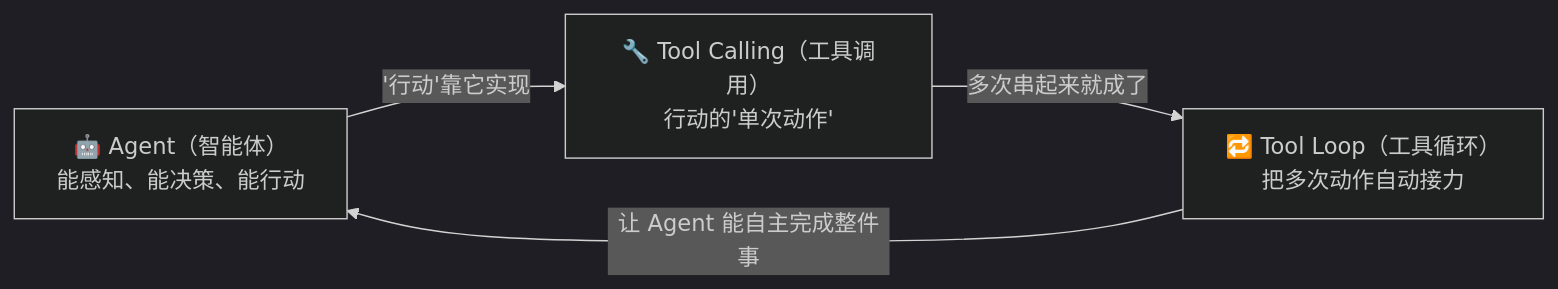
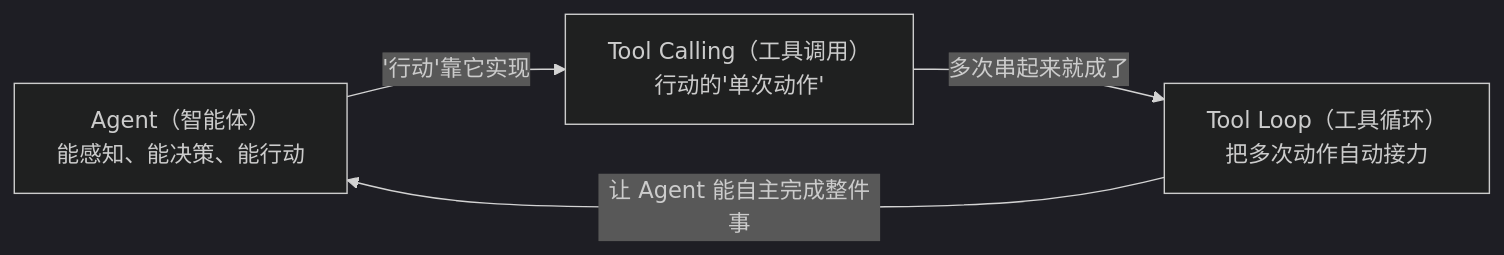
Before and after one commit to luckykhy/KhyAiHub: the sixth of 7 diagrams in docs/02_CONCEPTS_概念入门/CONCEPT/[CONCEPT-02] 什么是ToolCalling-工具调用.md, drawn with Mermaid (dark theme). The commit also changed other lines of this file and 19 other files, not shown here.

````diff
--- a/docs/02_CONCEPTS_概念入门/CONCEPT/[CONCEPT-02] 什么是ToolCalling-工具调用.md
+++ b/docs/02_CONCEPTS_概念入门/CONCEPT/[CONCEPT-02] 什么是ToolCalling-工具调用.md
@@ -335,9 +335,9 @@
 ```mermaid
 flowchart LR
-  AGENT["🤖 Agent（智能体）<br/>能感知、能决策、能行动"]
-  TC["🔧 Tool Calling（工具调用）<br/>行动的'单次动作'"]
-  LOOP["🔁 Tool Loop（工具循环）<br/>把多次动作自动接力"]
+  AGENT["Agent（智能体）<br/>能感知、能决策、能行动"]
+  TC["Tool Calling（工具调用）<br/>行动的'单次动作'"]
+  LOOP["Tool Loop（工具循环）<br/>把多次动作自动接力"]
   AGENT -- "'行动'靠它实现" --> TC
   TC -- "多次串起来就成了" --> LOOP
   LOOP -- "让 Agent 能自主完成整件事" --> AGENT
 ```
````
